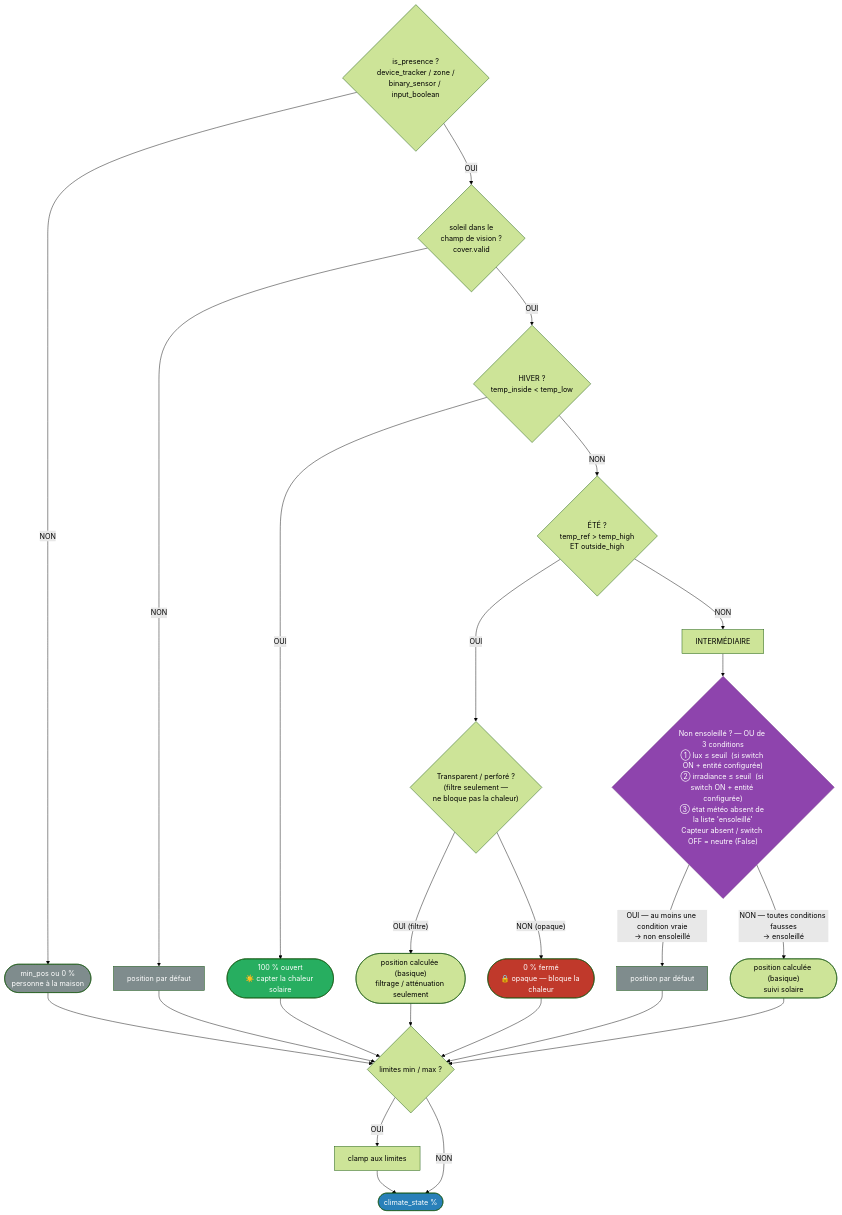
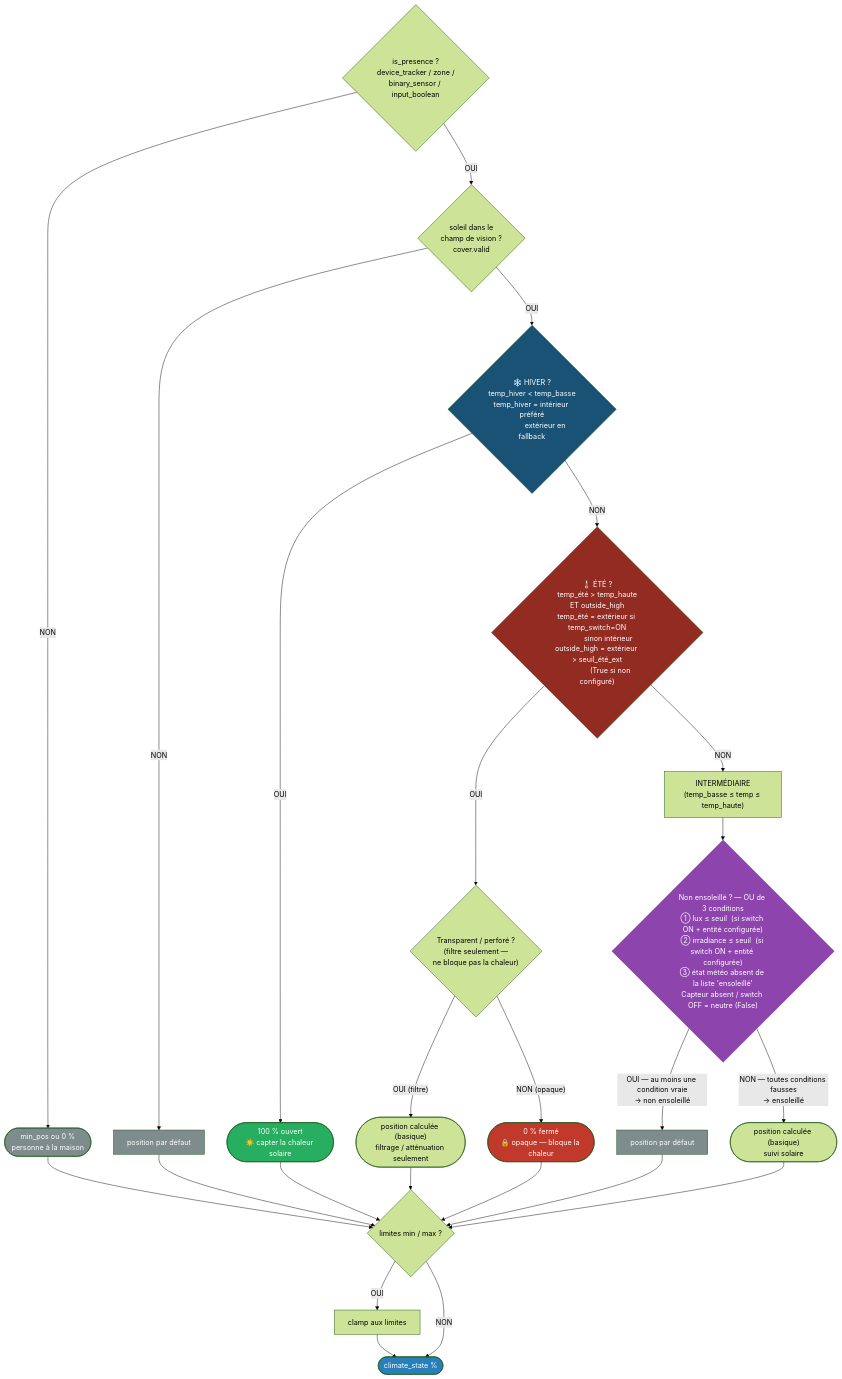
The fourth of 4 diagrams in custom_components/adaptive_cover/README.fr.md (basbruss/adaptive-cover), drawn with Mermaid (forest theme) before and after one commit. The commit also changed other lines of this file, not shown here.

Commit message:
clarify: nœuds HIVER/ÉTÉ dans le flowchart climatique — asymétrie temp_switch, guard outside_high, priorité

````diff
--- a/custom_components/adaptive_cover/README.fr.md
+++ b/custom_components/adaptive_cover/README.fr.md
@@ -172,45 +172,50 @@
 ```mermaid
 flowchart TD
     PRES{"is_presence ?\ndevice_tracker / zone /\nbinary_sensor / input_boolean"}
     NONE(["min_pos  ou  0 %\npersonne à la maison"])
     FOV{"soleil dans le\nchamp de vision ?\ncover.valid"}
     DDEF["position par défaut"]
-    WIN{"HIVER ?\ntemp_inside < temp_low"}
+
+    WIN{"❄️ HIVER ?\ntemp_hiver < temp_basse\ntemp_hiver = intérieur préféré\n              extérieur en fallback"}
     C100(["100 % ouvert\n☀️ capter la chaleur solaire"])
-    SUM{"ÉTÉ ?\ntemp_ref > temp_high\nET outside_high"}
+
+    SUM{"🌡️ ÉTÉ ?\ntemp_été > temp_haute\nET outside_high\ntemp_été = extérieur si temp_switch=ON\n           sinon intérieur\noutside_high = extérieur > seuil_été_ext\n              (True si non configuré)"}
     TRANS{"Transparent / perforé ?\n(filtre seulement —\nne bloque pas la chaleur)"}
     BCALC(["position calculée (basique)\nfiltrage / atténuation seulement"])
     ZERO(["0 % fermé\n🔒 opaque — bloque la chaleur"])
-    INTER["INTERMÉDIAIRE"]
+
+    INTER["INTERMÉDIAIRE\n(temp_basse ≤ temp ≤ temp_haute)"]
     LUX{"Non ensoleillé ? — OU de 3 conditions\n① lux ≤ seuil  (si switch ON + entité configurée)\n② irradiance ≤ seuil  (si switch ON + entité configurée)\n③ état météo absent de la liste 'ensoleillé'\nCapteur absent / switch OFF = neutre (False)"}
     LDEF["position par défaut"]
     LCALC(["position calculée (basique)\nsuivi solaire"])
     MM{"limites min / max ?"}
     CLAMP["clamp aux limites"]
     COUT(["climate_state  %"])
 
     PRES -->|NON| NONE
     PRES -->|OUI| FOV
     FOV -->|NON| DDEF
     FOV -->|OUI| WIN
     WIN -->|OUI| C100
     WIN -->|NON| SUM
     SUM -->|OUI| TRANS
     TRANS -->|"OUI (filtre)"| BCALC
     TRANS -->|"NON (opaque)"| ZERO
     SUM -->|NON| INTER --> LUX
     LUX -->|"OUI — au moins une condition vraie\n→ non ensoleillé"| LDEF
     LUX -->|"NON — toutes conditions fausses\n→ ensoleillé"| LCALC
 
     NONE & DDEF & C100 & BCALC & ZERO & LDEF & LCALC --> MM
     MM -->|OUI| CLAMP --> COUT
     MM -->|NON| COUT
 
     style C100 fill:#27ae60,color:#fff
     style ZERO fill:#c0392b,color:#fff
     style NONE fill:#7f8c8d,color:#fff
     style DDEF fill:#7f8c8d,color:#fff
     style LDEF fill:#7f8c8d,color:#fff
     style COUT fill:#2980b9,color:#fff
     style LUX fill:#8e44ad,color:#fff,stroke:#6c3483
+    style WIN fill:#1a5276,color:#fff
+    style SUM fill:#922b21,color:#fff
 ```
````
